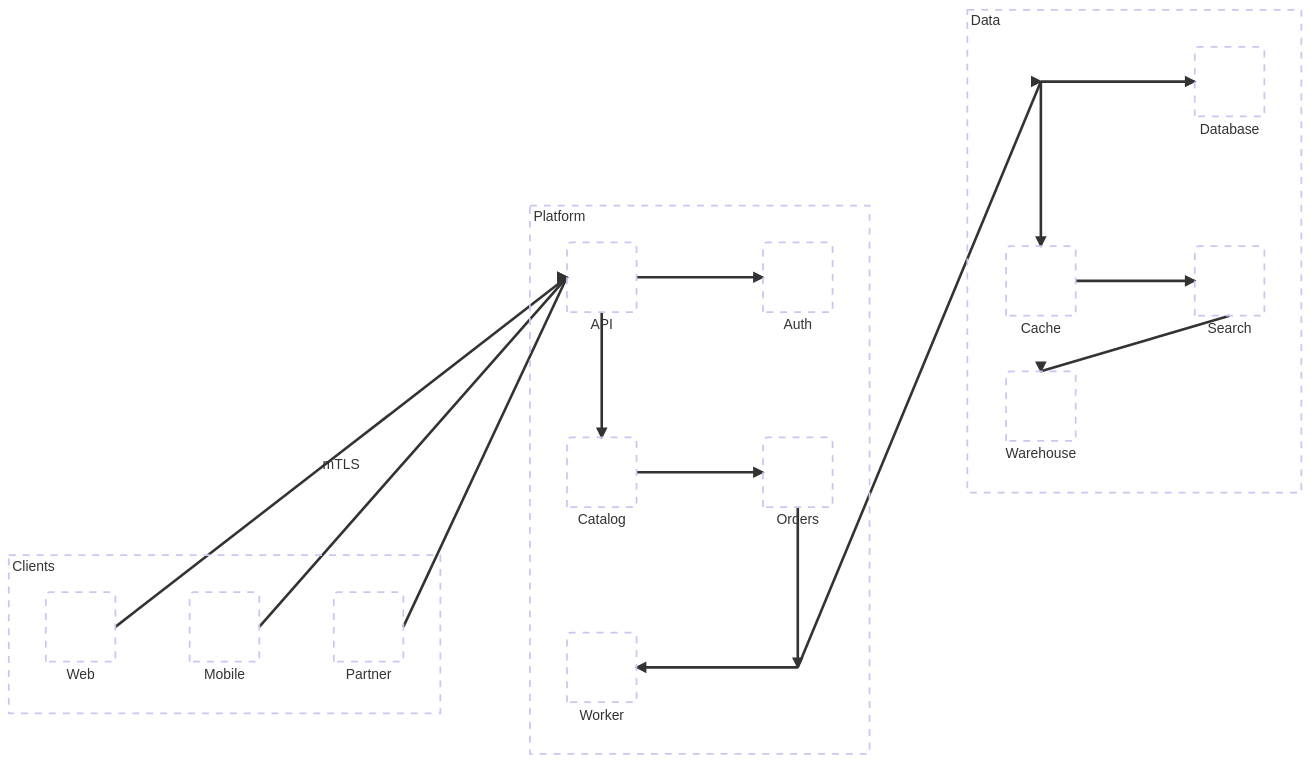
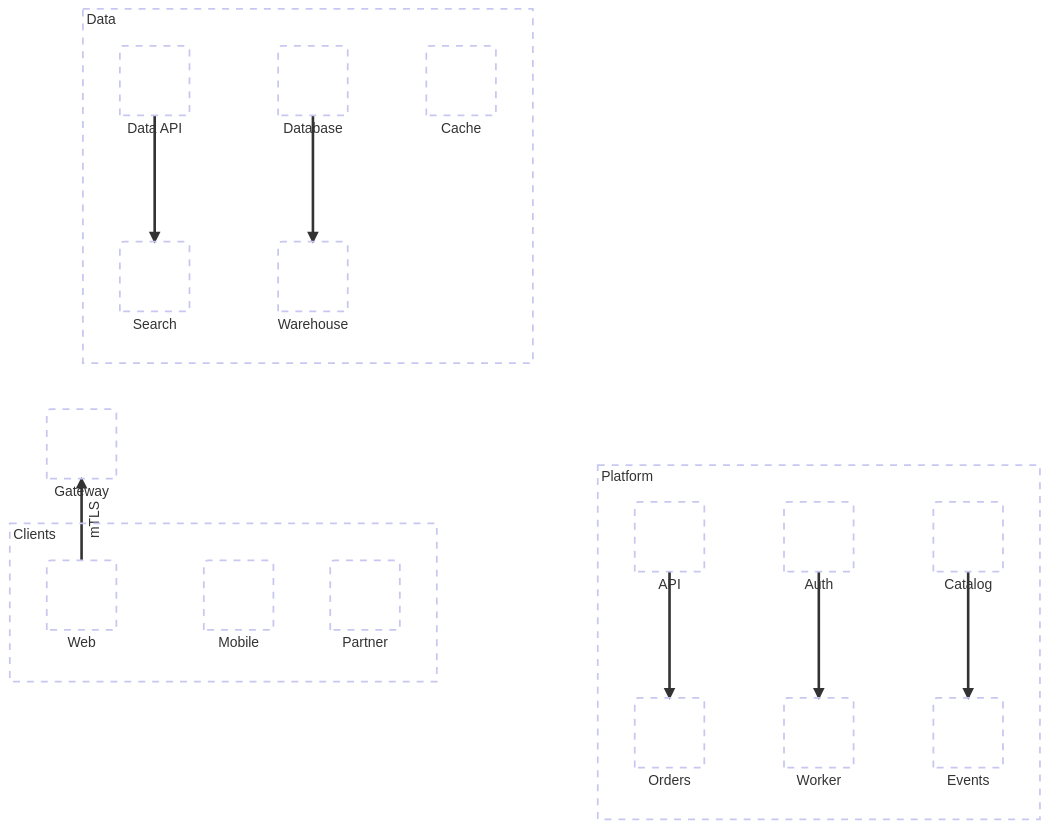
One commit to szpak-dev/mermaiden changed the diagram in docs/contracts/configuration-rendering/sources/architecture-beta.mmd. Above: the diagram before and after it, drawn with Mermaid. The commit also changed 13 other files, not shown here.

Commit message:
add fixes for diagrams

```diff
--- a/docs/contracts/configuration-rendering/sources/architecture-beta.mmd
+++ b/docs/contracts/configuration-rendering/sources/architecture-beta.mmd
@@ -1,49 +1,44 @@
 ---
 config:
   wrap: true
   architecture: {"useWidth": 960.0, "useMaxWidth": true, "padding": 40.0, "iconSize": 80.0, "fontSize": 16.0, "randomize": false, "nodeSeparation": 96.0, "idealEdgeLengthMultiplier": 1.8, "edgeElasticity": 0.3, "numIter": 5000.0, "seed": 7.0}
 ---
 architecture-beta
 group clients[Clients]
   service web[Web] in clients
   service mobile[Mobile] in clients
   service partner[Partner] in clients
   align row web mobile partner
 group platform[Platform]
   service api[API] in platform
   service auth[Auth] in platform
   service catalog[Catalog] in platform
   service orders[Orders] in platform
   service worker[Worker] in platform
-  junction events in platform
-  align row api auth
-  align row catalog orders
-  align row worker events
-  align column api catalog worker
-  align column auth orders events
+  service events[Events] in platform
+  align row api auth catalog
+  align row orders worker events
+  align column api orders
+  align column auth worker
+  align column catalog events
 group data[Data]
-  junction data_bus in data
+  service data_bus[Data API] in data
   service database[Database] in data
   service cache[Cache] in data
   service search[Search] in data
   service warehouse[Warehouse] in data
-  align row data_bus database
-  align row cache search
-  align column data_bus cache warehouse
-  align column database search
-web:R -["mTLS"]-> L:api
-mobile:R --> L:api
-partner:R --> L:api
-api:R --> L:auth
-api:B --> T:catalog
-catalog:R --> L:orders
-orders:B --> T:events
-events:L --> R:worker
-events:R --> L:data_bus
-data_bus:R --> L:database
-data_bus:B --> T:cache
-cache:R --> L:search
-search:B --> T:warehouse
+  align row data_bus database cache
+  align row search warehouse
+  align column data_bus search
+  align column database warehouse
+service gateway[Gateway]
+align column gateway web
+web:T -["mTLS"]-> B:gateway
+api:B --> T:orders
+auth:B --> T:worker
+catalog:B --> T:events
+data_bus:B --> T:search
+database:B --> T:warehouse
 %% Client gateway
 %% Public API
 %% Persistent storage
```
